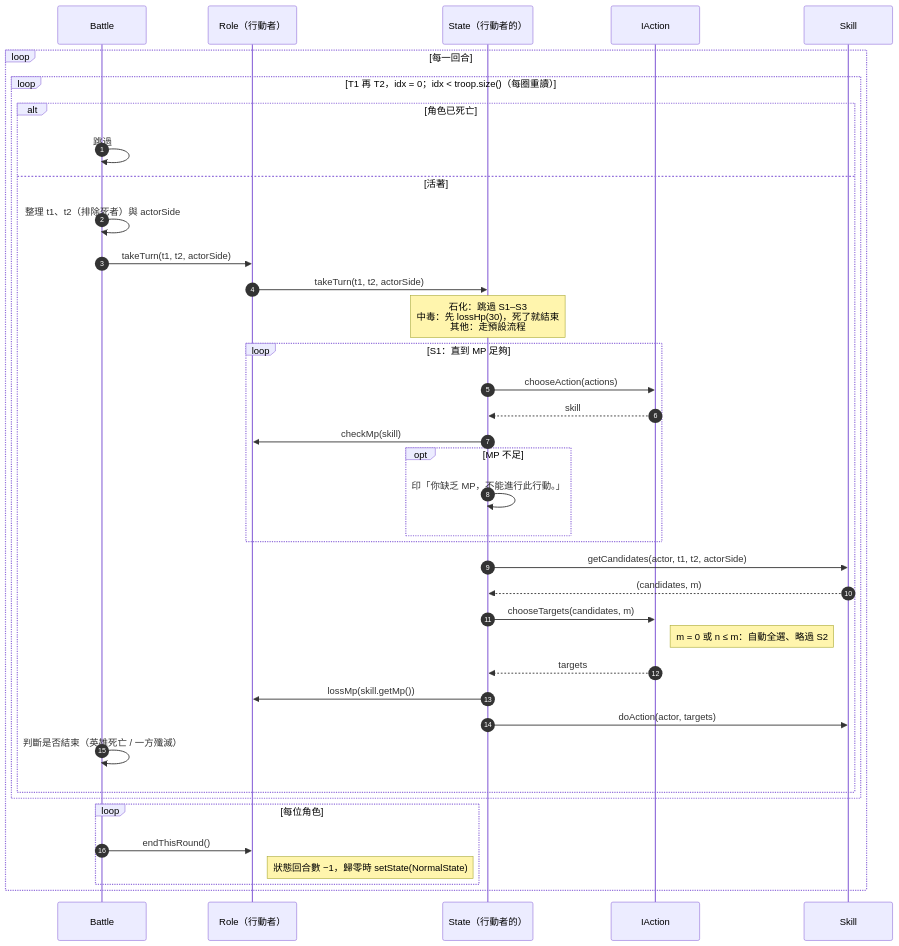
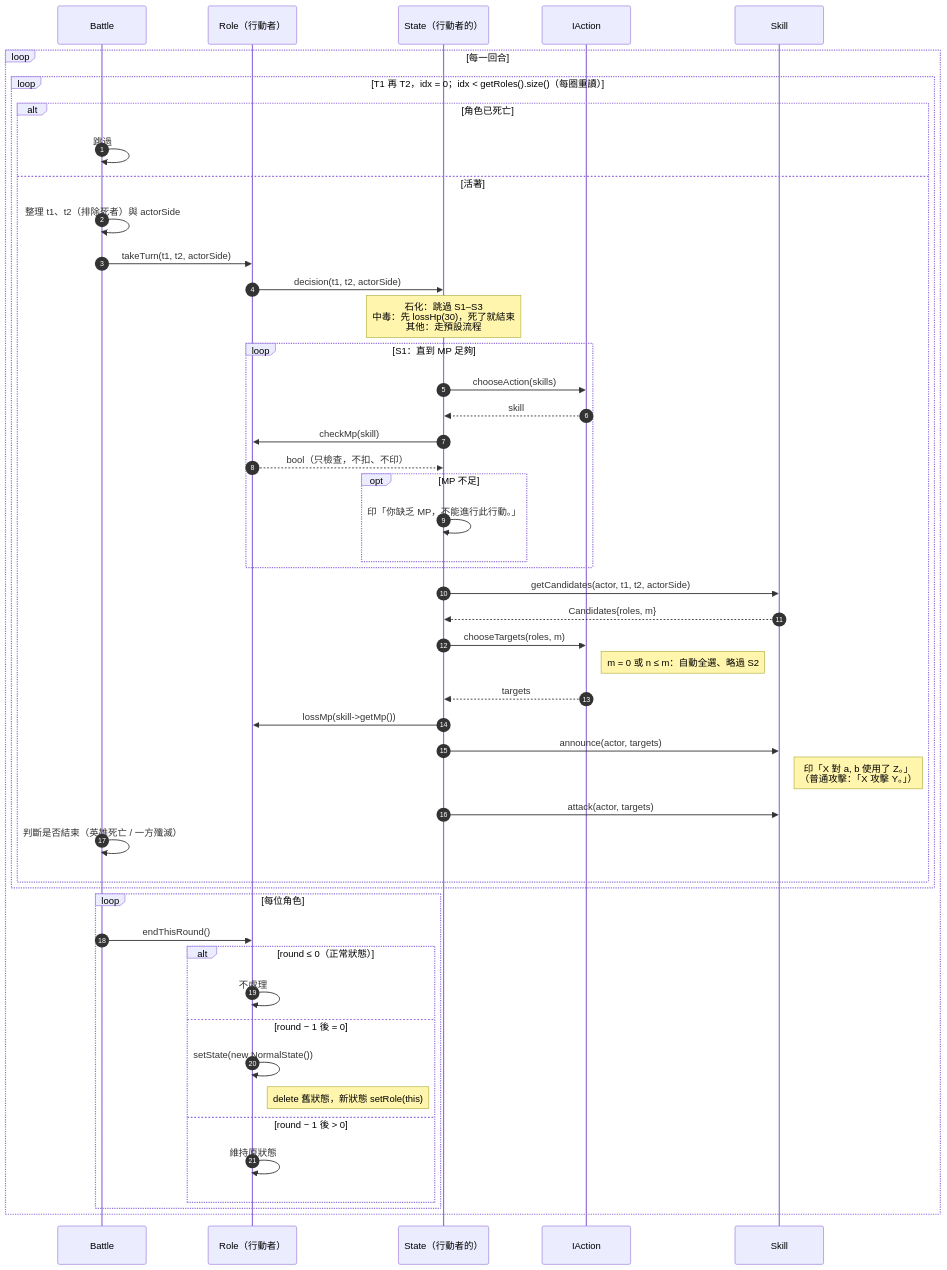
Before and after one commit to Chang-anthony/DesignPattern: the ninth of 13 diagrams in RPGGame/diagrams.md, drawn with Mermaid. The commit also changed other lines of this file and 1 other file, not shown here.

First line of the commit message:
docs(rpggame): sync diagrams.md with implemented Role, Skill, and Observer

````diff
--- a/RPGGame/diagrams.md
+++ b/RPGGame/diagrams.md
@@ -275,42 +577,52 @@
 ```mermaid
 sequenceDiagram
     autonumber
     participant B as Battle
     participant R as Role（行動者）
     participant S as State（行動者的）
     participant D as IAction
     participant K as Skill
 
     loop 每一回合
-        loop T1 再 T2，idx = 0；idx < troop.size()（每圈重讀）
+        loop T1 再 T2，idx = 0；idx < getRoles().size()（每圈重讀）
             alt 角色已死亡
                 B->>B: 跳過
             else 活著
                 B->>B: 整理 t1、t2（排除死者）與 actorSide
                 B->>R: takeTurn(t1, t2, actorSide)
-                R->>S: takeTurn(t1, t2, actorSide)
+                R->>S: decision(t1, t2, actorSide)
                 Note over S: 石化：跳過 S1–S3<br/>中毒：先 lossHp(30)，死了就結束<br/>其他：走預設流程
                 loop S1：直到 MP 足夠
-                    S->>D: chooseAction(actions)
+                    S->>D: chooseAction(skills)
                     D-->>S: skill
                     S->>R: checkMp(skill)
+                    R-->>S: bool（只檢查，不扣、不印）
                     opt MP 不足
                         S->>S: 印「你缺乏 MP，不能進行此行動。」
                     end
                 end
                 S->>K: getCandidates(actor, t1, t2, actorSide)
-                K-->>S: (candidates, m)
-                S->>D: chooseTargets(candidates, m)
+                K-->>S: Candidates{roles, m}
+                S->>D: chooseTargets(roles, m)
                 Note right of D: m = 0 或 n ≤ m：自動全選、略過 S2
                 D-->>S: targets
-                S->>R: lossMp(skill.getMp())
-                S->>K: doAction(actor, targets)
+                S->>R: lossMp(skill->getMp())
+                S->>K: announce(actor, targets)
+                Note right of K: 印「X 對 a, b 使用了 Z。」<br/>（普通攻擊：「X 攻擊 Y。」）
+                S->>K: attack(actor, targets)
                 B->>B: 判斷是否結束（英雄死亡 / 一方殲滅）
             end
         end
         loop 每位角色
             B->>R: endThisRound()
-            Note right of R: 狀態回合數 −1，歸零時 setState(NormalState)
+            alt round ≤ 0（正常狀態）
+                R->>R: 不處理
+            else round − 1 後 = 0
+                R->>R: setState(new NormalState())
+                Note right of R: delete 舊狀態，新狀態 setRole(this)
+            else round − 1 後 > 0
+                R->>R: 維持原狀態
+            end
         end
     end
 ```
````
